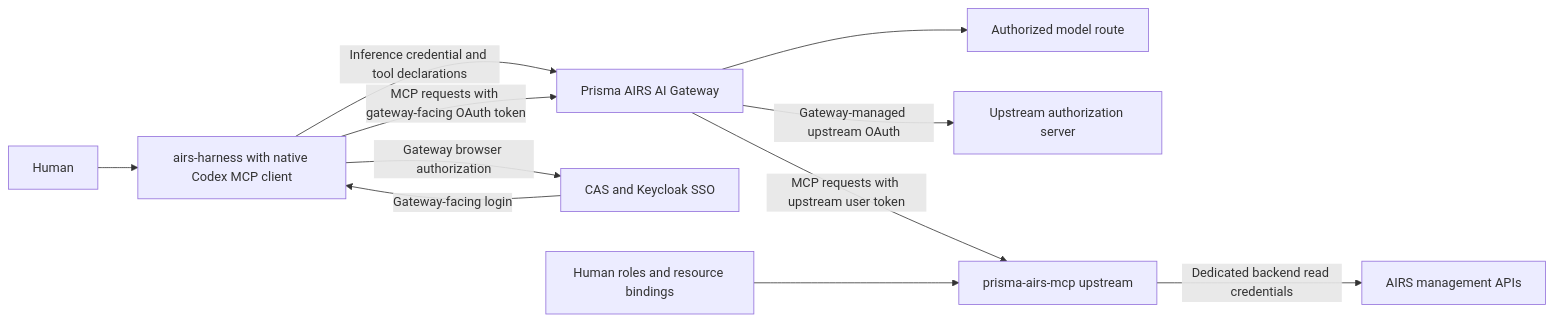
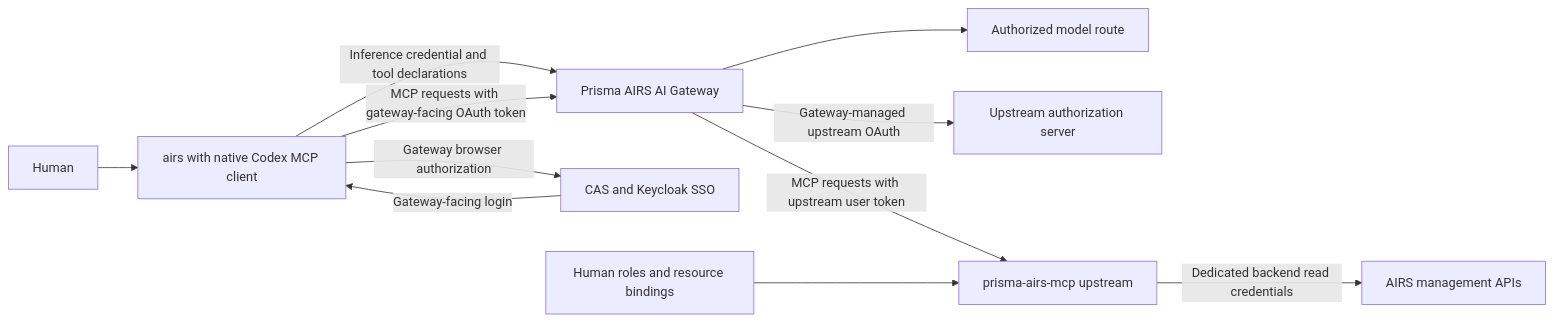
Before and after one commit to cdot65/prisma-airs-harness: the diagram in MCP.md, drawn with Mermaid. The commit also changed other lines of this file and 5 other files, not shown here.

Commit message:
test(airs): verify and document in-session MCP lifecycle

````diff
--- a/MCP.md
+++ b/MCP.md
@@ -52,13 +94,13 @@
 ```mermaid
 flowchart LR
-  User[Human] --> Harness[airs-harness with native Codex MCP client]
+  User[Human] --> Harness[airs with native Codex MCP client]
   Harness -->|Inference credential and tool declarations| Gateway[Prisma AIRS AI Gateway]
   Gateway --> Model[Authorized model route]
   Harness -->|MCP requests with gateway-facing OAuth token| Gateway
   Harness -->|Gateway browser authorization| CAS[CAS and Keycloak SSO]
   CAS -->|Gateway-facing login| Harness
   Gateway -->|Gateway-managed upstream OAuth| IdP[Upstream authorization server]
   Gateway -->|MCP requests with upstream user token| MCP[prisma-airs-mcp upstream]
   Policy[Human roles and resource bindings] --> MCP
   MCP -->|Dedicated backend read credentials| AIRS[AIRS management APIs]
 ```
````
